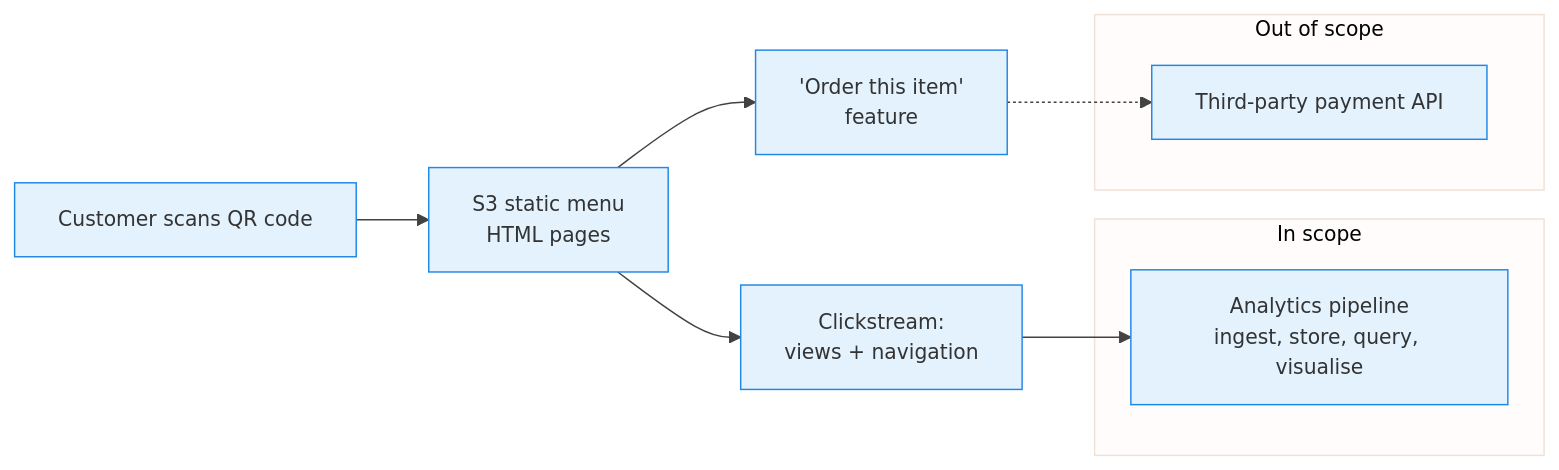
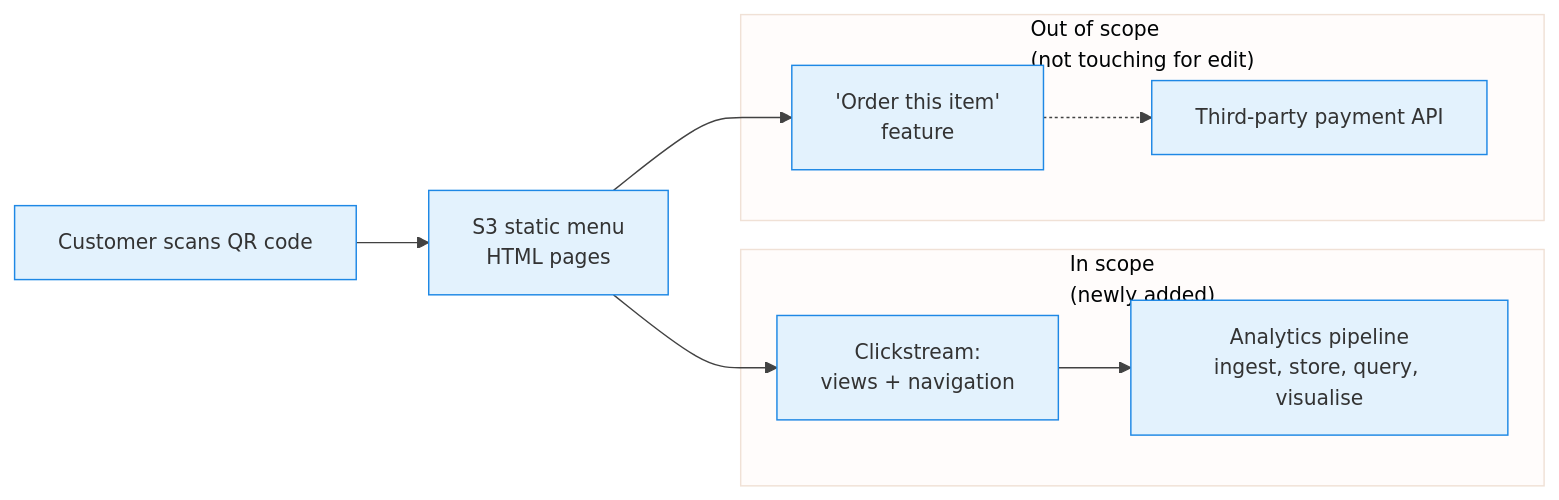
One commit to senthilkumarm1901/learn_by_blogging changed the first of 18 diagrams in aws_architecting_solutions/11-serverless-data-analytics.qmd. Above: the diagram before and after it, drawn with Mermaid. The commit also changed other lines of this file and 5 other files, not shown here.

Commit message:
updates to mermaid diagrams

````diff
--- a/aws_architecting_solutions/11-serverless-data-analytics.qmd
+++ b/aws_architecting_solutions/11-serverless-data-analytics.qmd
@@ -45,17 +45,19 @@
 ```{mermaid}
 %%{init: {'theme': 'base', 'themeVariables': {'primaryColor': '#E3F2FD', 'primaryBorderColor': '#1E88E5', 'lineColor': '#424242', 'fontSize': '14px'}}}%%
 flowchart LR
     C[Customer scans QR code] --> S3M["S3 static menu<br>HTML pages"]
     S3M --> ORD["'Order this item'<br>feature"]
     ORD -.-> PAY["Third-party payment API"]
     S3M --> CLICK["Clickstream:<br>views + navigation"]
     CLICK --> PIPE["Analytics pipeline<br>ingest, store, query, visualise"]
 
-    subgraph InScope["In scope"]
+    subgraph InScope["In scope<br>(newly added)"]
+        CLICK
         PIPE
     end
 
-    subgraph OutOfScope["Out of scope"]
+    subgraph OutOfScope["Out of scope<br>(not touching for edit)"]
+        ORD
         PAY
     end
 ```
````
